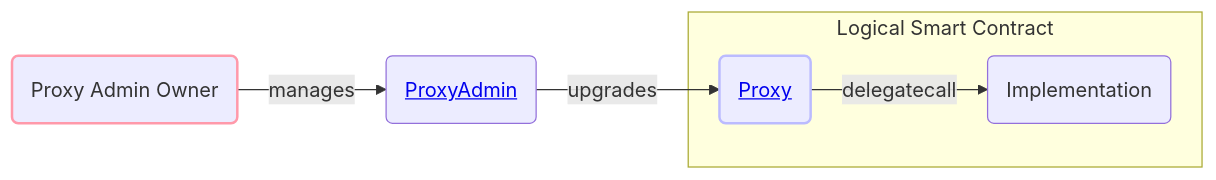
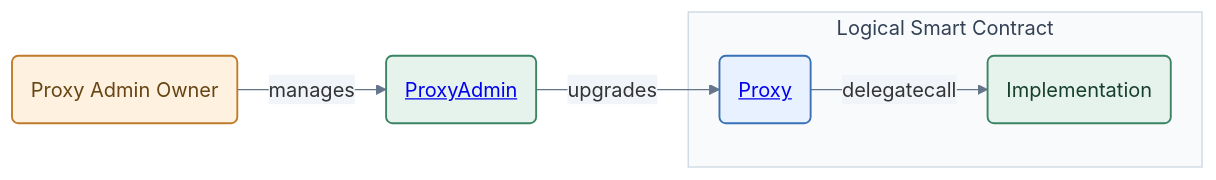
Before and after one commit to ethereum-optimism/specs: the fifth of 7 diagrams in specs/protocol/overview.md, drawn with Mermaid. The commit also changed other lines of this file, not shown here.

First line of the commit message:
Refresh the smart contract architecture overview (#946)

````diff
--- a/specs/protocol/overview.md
+++ b/specs/protocol/overview.md
@@ -252,19 +226,23 @@
 ```mermaid
+%%{init: {"theme": "base", "themeVariables": {"lineColor": "#64748b", "edgeLabelBackground": "#f1f5f9"}, "themeCSS": ".nodeLabel a { color: inherit !important; }"}}%%
 graph LR
     ProxyAdminOwner(Proxy Admin Owner)
     ProxyAdmin(<a href="https://github.com/ethereum-optimism/optimism/blob/develop/packages/contracts-bedrock/src/universal/ProxyAdmin.sol">ProxyAdmin</a>)
 
-    subgraph "Logical Smart Contract"
+    subgraph LogicalContract[Logical Smart Contract]
         Proxy(<a href="https://github.com/ethereum-optimism/optimism/blob/develop/packages/contracts-bedrock/src/universal/Proxy.sol">Proxy</a>)
         Implementation(Implementation)
     end
 
     ProxyAdminOwner -->|manages| ProxyAdmin
     ProxyAdmin -->|upgrades| Proxy
     Proxy -->|delegatecall| Implementation
 
-    classDef l1Contracts stroke:#bbf,stroke-width:2px;
-    classDef systemUser stroke:#f9a,stroke-width:2px;
-    class Proxy l1Contracts;
-    class ProxyAdminOwner systemUser;
+    classDef proxy fill:#e8f1ff,stroke:#3971b8,color:#17375e,stroke-width:1.5px;
+    classDef fixed fill:#e5f3ec,stroke:#3b8363,color:#173f2e,stroke-width:1.5px;
+    classDef actor fill:#fff1df,stroke:#bf7b2a,color:#664515,stroke-width:1.5px;
+    class Proxy proxy;
+    class ProxyAdmin,Implementation fixed;
+    style LogicalContract fill:#f8fafc,stroke:#cbd5e1,color:#334155;
+    class ProxyAdminOwner actor;
 ```
````
